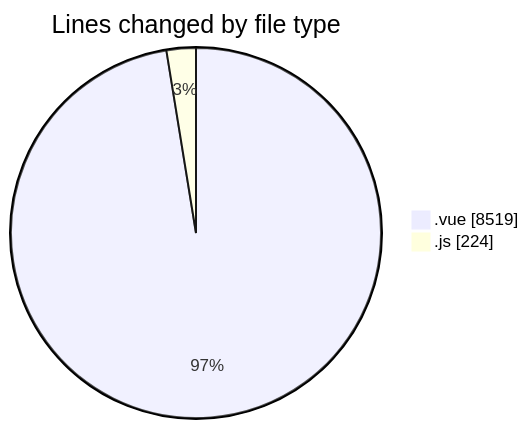
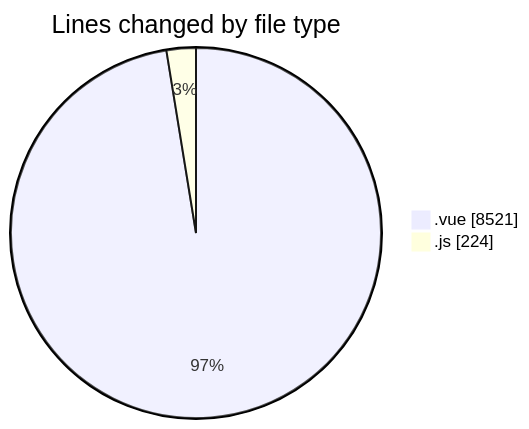
The first of 2 diagrams in 2025-08-14/rentotp/README.md (lephambinh05/code-tracking), drawn with Mermaid before and after one commit. The commit also changed other lines of this file and 1 other file, not shown here.

````diff
--- a/2025-08-14/rentotp/README.md
+++ b/2025-08-14/rentotp/README.md
@@ -25,6 +25,6 @@
 ```mermaid
 pie showData
 title Lines changed by file type
-".vue" : 8519
+".vue" : 8521
 ".js" : 224
 ```
````
